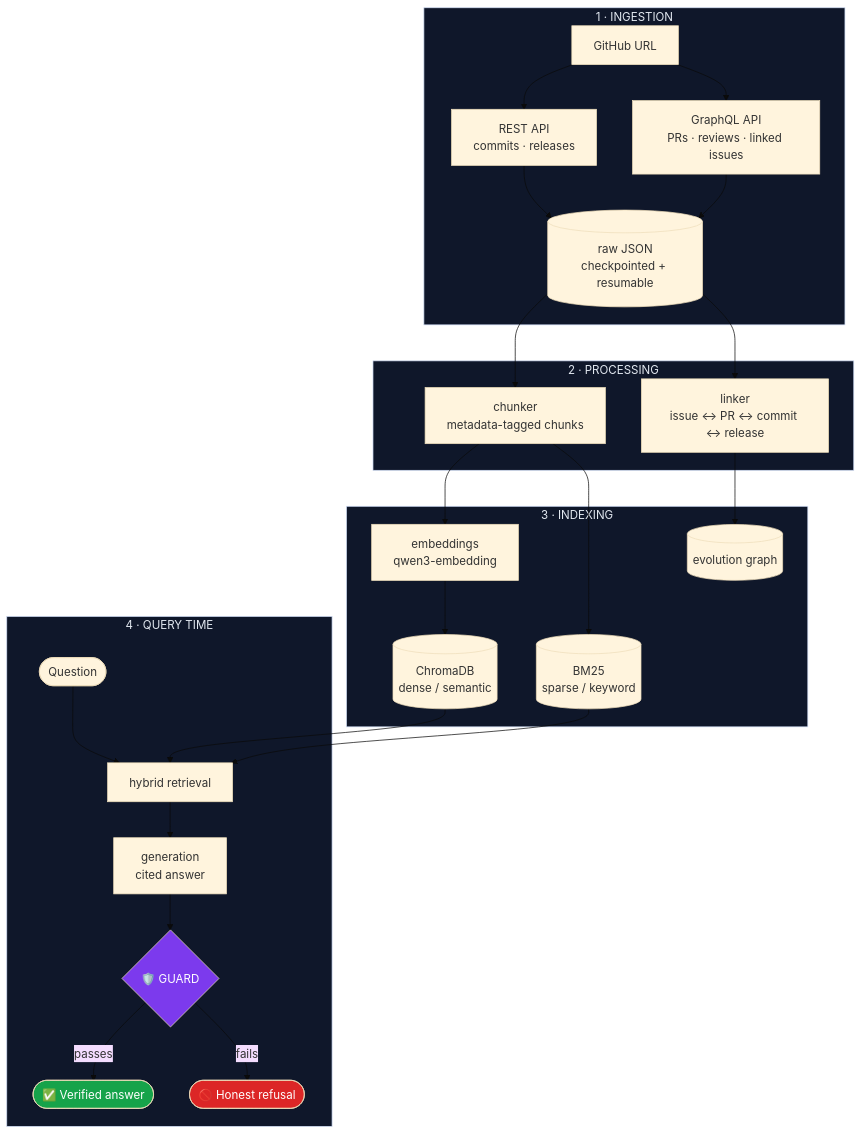
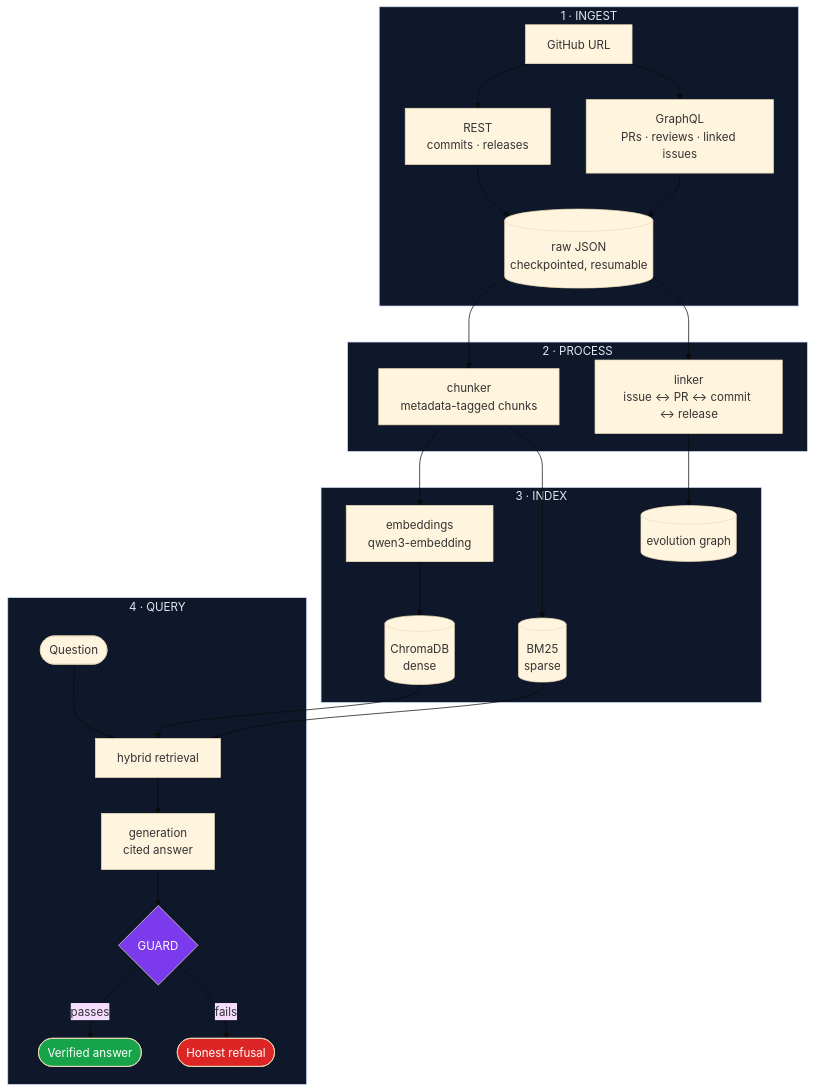
The first of 3 diagrams in README.md (sairamsrujan/RepoMind), drawn with Mermaid (base theme) before and after one commit. The commit also changed other lines of this file and 10 other files, not shown here.

````diff
--- a/README.md
+++ b/README.md
@@ -119,38 +83,38 @@
 ```mermaid
 flowchart TB
-    subgraph INGEST["1 · INGESTION"]
-        A[GitHub URL] --> B["REST API<br/>commits · releases"]
-        A --> C["GraphQL API<br/>PRs · reviews · linked issues"]
-        B & C --> D[("raw JSON<br/>checkpointed + resumable")]
+    subgraph INGEST["1 · INGEST"]
+        A[GitHub URL] --> B["REST<br/>commits · releases"]
+        A --> C["GraphQL<br/>PRs · reviews · linked issues"]
+        B & C --> D[("raw JSON<br/>checkpointed, resumable")]
     end
 
-    subgraph PROCESS["2 · PROCESSING"]
+    subgraph PROCESS["2 · PROCESS"]
         D --> E["chunker<br/>metadata-tagged chunks"]
         D --> F["linker<br/>issue ↔ PR ↔ commit ↔ release"]
     end
 
-    subgraph INDEX["3 · INDEXING"]
+    subgraph INDEX["3 · INDEX"]
         E --> G["embeddings<br/>qwen3-embedding"]
-        G --> H[("ChromaDB<br/>dense / semantic")]
-        E --> I[("BM25<br/>sparse / keyword")]
+        G --> H[("ChromaDB<br/>dense")]
+        E --> I[("BM25<br/>sparse")]
         F --> J[("evolution graph")]
     end
 
-    subgraph QUERY["4 · QUERY TIME"]
+    subgraph QUERY["4 · QUERY"]
         K([Question]) --> L["hybrid retrieval"]
         H --> L
         I --> L
         L --> M["generation<br/>cited answer"]
-        M --> N{"🛡️ GUARD"}
-        N -->|passes| O([✅ Verified answer])
-        N -->|fails| P([🚫 Honest refusal])
+        M --> N{"GUARD"}
+        N -->|passes| O([Verified answer])
+        N -->|fails| P([Honest refusal])
     end
 
     style N fill:#7c3aed,color:#fff
     style O fill:#16a34a,color:#fff
     style P fill:#dc2626,color:#fff
     style INGEST fill:#0f172a,color:#e2e8f0
     style PROCESS fill:#0f172a,color:#e2e8f0
     style INDEX fill:#0f172a,color:#e2e8f0
     style QUERY fill:#0f172a,color:#e2e8f0
 ```
````
